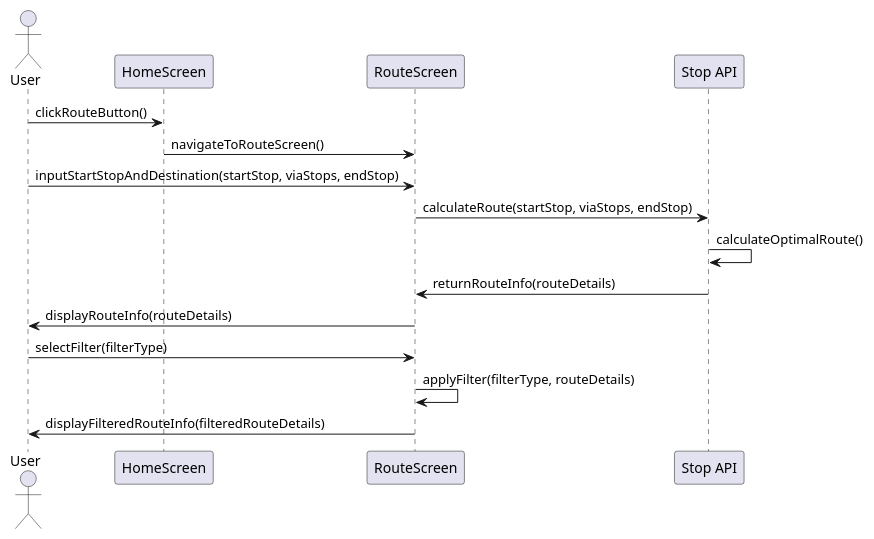
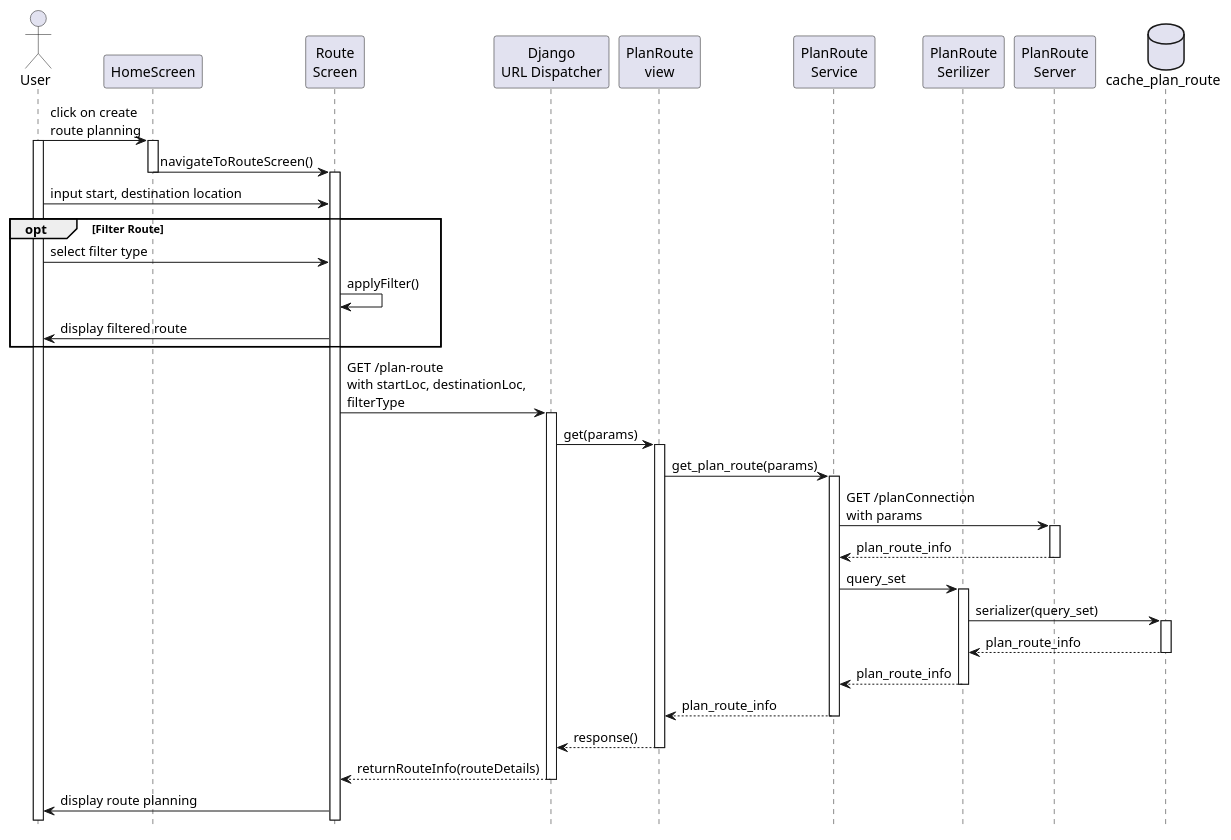
The diagram in search_route/search_route.puml (KMITL-BusBuddy/diagram), drawn with PlantUML before and after one commit. The commit also changed 11 other files, not shown here.

Commit message:
update last diagram

```diff
--- a/search_route/search_route.puml
+++ b/search_route/search_route.puml
@@ -1,19 +1,64 @@
-@startuml
+@startuml PlanPage - Part: get planning
+
+hide footbox
 
 actor User
-participant HomeScreen
-participant RouteScreen
-participant "Stop API" as StopAPI
+participant "HomeScreen" as HomeScreen
+participant "Route\nScreen" as RouteScreen
 
-User -> HomeScreen : clickRouteButton()
+participant "Django\nURL Dispatcher" as API
+participant "PlanRoute\nview" as view
+participant "PlanRoute\nService" as service
+participant "PlanRoute\nSerilizer" as serializer
+participant "PlanRoute\nServer" as server
+database "cache_plan_route" as table
+
+
+User -> HomeScreen : click on create \nroute planning
+activate User
+activate HomeScreen
 HomeScreen -> RouteScreen : navigateToRouteScreen()
-User -> RouteScreen : inputStartStopAndDestination(startStop, viaStops, endStop)
-RouteScreen -> StopAPI : calculateRoute(startStop, viaStops, endStop)
-StopAPI -> StopAPI : calculateOptimalRoute()
-StopAPI -> RouteScreen : returnRouteInfo(routeDetails)
-RouteScreen -> User : displayRouteInfo(routeDetails)
-User -> RouteScreen : selectFilter(filterType)
-RouteScreen -> RouteScreen : applyFilter(filterType, routeDetails)
-RouteScreen -> User : displayFilteredRouteInfo(filteredRouteDetails)
+deactivate HomeScreen
+activate RouteScreen
+
+User -> RouteScreen : input start, destination location
+
+opt Filter Route
+    User -> RouteScreen : select filter type
+    RouteScreen -> RouteScreen : applyFilter()
+    RouteScreen -> User : display filtered route
+end
+
+RouteScreen -> API : GET /plan-route \nwith startLoc, destinationLoc, \nfilterType
+activate API
+
+' API Call
+API -> view: get(params)
+activate view
+view -> service : get_plan_route(params)
+activate service
+service -> server : GET /planConnection \nwith params
+activate server
+server --> service : plan_route_info
+deactivate server
+
+service -> serializer : query_set
+activate serializer
+serializer -> table : serializer(query_set)
+activate table
+table --> serializer : plan_route_info
+deactivate table
+serializer -->  service : plan_route_info
+deactivate serializer
+
+service --> view : plan_route_info
+deactivate service
+view --> API : response()
+deactivate view
+
+' Display Route Info
+API --> RouteScreen : returnRouteInfo(routeDetails)
+deactivate API
+RouteScreen -> User : display route planning
 
 @enduml
```
